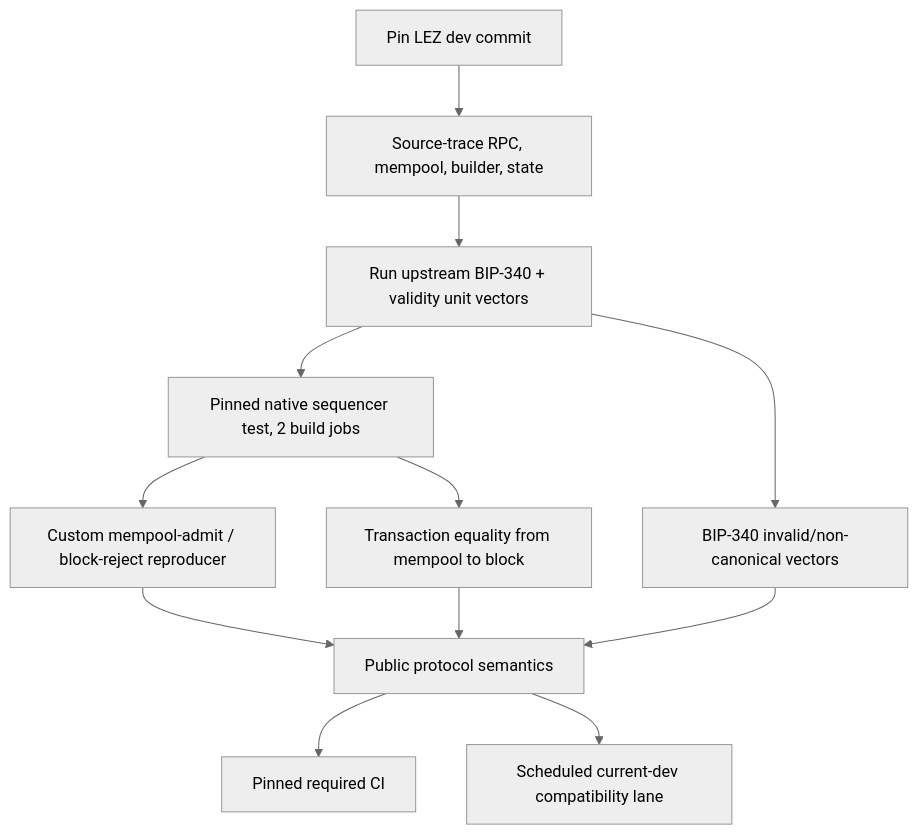
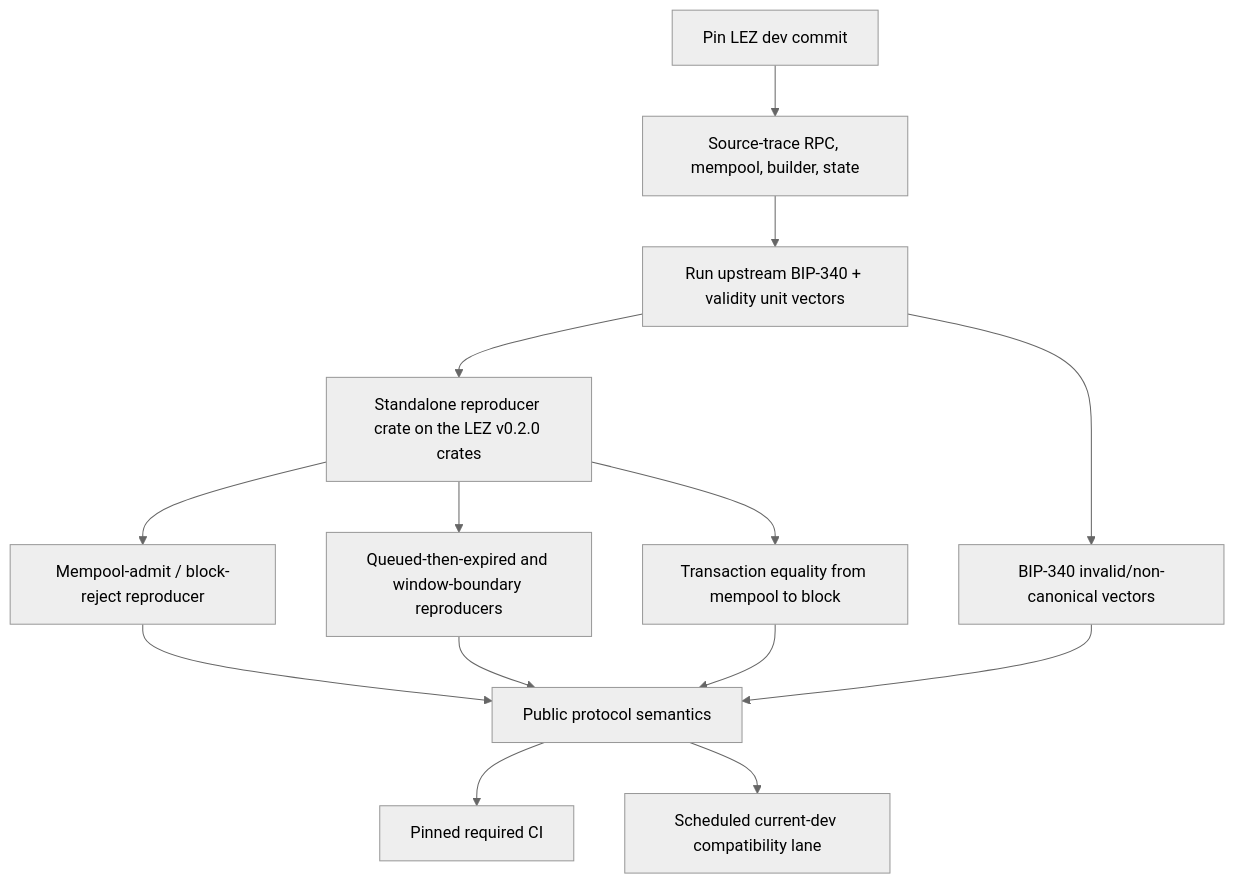
The diagram in docs/milestone-1/lez-primitive-verification.md (gateway-fm/lez-atomic-swaps), drawn with Mermaid (neutral theme) before and after one commit. The commit also changed other lines of this file and 18 other files, not shown here.

````diff
--- a/docs/milestone-1/lez-primitive-verification.md
+++ b/docs/milestone-1/lez-primitive-verification.md
@@ -6,14 +7,16 @@
 ```mermaid
 flowchart TB
     Pin["Pin LEZ dev commit"] --> Trace["Source-trace RPC, mempool, builder, state"]
     Trace --> Unit["Run upstream BIP-340 + validity unit vectors"]
-    Unit --> Sequencer["Pinned native sequencer test, 2 build jobs"]
-    Sequencer --> Admission["Custom mempool-admit / block-reject reproducer"]
+    Unit --> Sequencer["Standalone reproducer crate on the LEZ v0.2.0 crates"]
+    Sequencer --> Admission["Mempool-admit / block-reject reproducer"]
+    Sequencer --> Window["Queued-then-expired and window-boundary reproducers"]
     Sequencer --> Bytes["Transaction equality from mempool to block"]
     Unit --> Canonical["BIP-340 invalid/non-canonical vectors"]
     Admission --> Answer["Public protocol semantics"]
+    Window --> Answer
     Bytes --> Answer
     Canonical --> Answer
     Answer --> Required["Pinned required CI"]
     Answer --> Current["Scheduled current-dev compatibility lane"]
 ```
````
